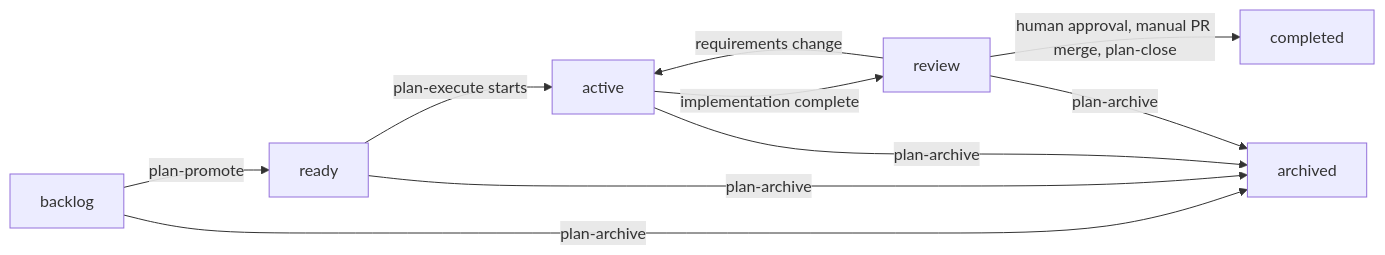
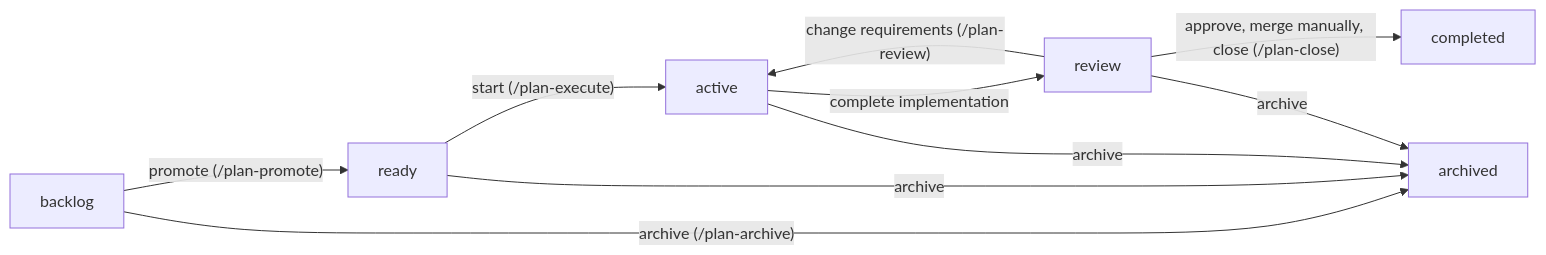
Before and after one commit to kirinmurphy/roborepo-alpha: the diagram in docs/plans/backlog/plan-lifecycle-review-and-ship-workflow.md, drawn with Mermaid. The commit also changed other lines of this file and 1 other file, not shown here.

First line of the commit message:
Promote plan gqzjlzgx and retire the superseded workflow-navigation plan

````diff
--- a/docs/plans/backlog/plan-lifecycle-review-and-ship-workflow.md
+++ b/docs/plans/backlog/plan-lifecycle-review-and-ship-workflow.md
@@ -56,12 +159,12 @@
 ```mermaid
 flowchart LR
-  B["backlog"] -->|"plan-promote"| R["ready"]
-  R -->|"plan-execute starts"| A["active"]
-  A -->|"implementation complete"| V["review"]
-  V -->|"requirements change"| A
-  V -->|"human approval, manual PR merge, plan-close"| C["completed"]
-  B -->|"plan-archive"| X["archived"]
-  R -->|"plan-archive"| X
-  A -->|"plan-archive"| X
-  V -->|"plan-archive"| X
+  B["backlog"] -->|"promote (/plan-promote)"| R["ready"]
+  R -->|"start (/plan-execute)"| A["active"]
+  A -->|"complete implementation"| V["review"]
+  V -->|"change requirements (/plan-review)"| A
+  V -->|"approve, merge manually, close (/plan-close)"| C["completed"]
+  B -->|"archive (/plan-archive)"| X["archived"]
+  R -->|"archive"| X
+  A -->|"archive"| X
+  V -->|"archive"| X
 ```
````
